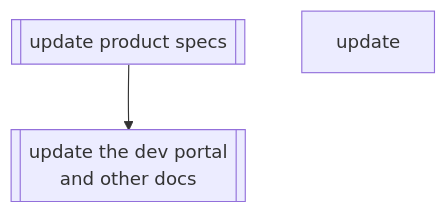
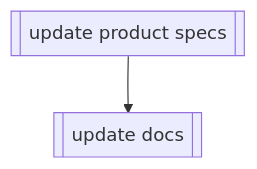
The diagram in packages/contracts/docs/developer-portal/04-framework-lifecycle/04-sub-processes/04-documentation.md (aragon/osx), drawn with Mermaid before and after one commit. The commit also changed other lines of this file and 9 other files, not shown here.

````diff
--- a/packages/contracts/docs/developer-portal/04-framework-lifecycle/04-sub-processes/04-documentation.md
+++ b/packages/contracts/docs/developer-portal/04-framework-lifecycle/04-sub-processes/04-documentation.md
@@ -3,9 +3,8 @@
 ```mermaid
 flowchart TD
 
     updateSpecs[["update product specs"]]
-    updateDocs[["update the dev portal \n and other docs"]]
-    updateReadmet["update "]
+    updateDocs[["update docs"]]
     updateSpecs --> updateDocs
 
 ```
````
